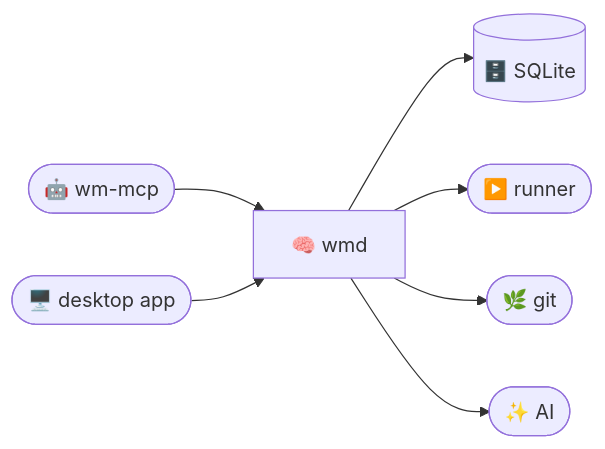
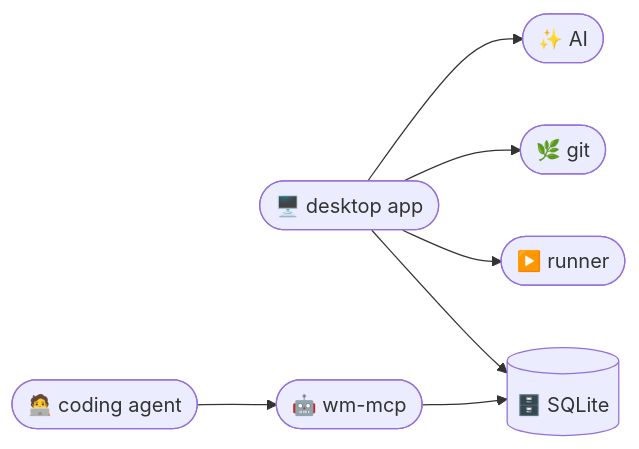
The diagram in README.md (aliharakeh/workspace-manager), drawn with Mermaid before and after one commit. The commit also changed other lines of this file and 143 other files, not shown here.

First line of the commit message:
refactor: remove the daemon; the GUI runs everything and the MCP server only guides

````diff
--- a/README.md
+++ b/README.md
@@ -23,9 +23,9 @@
 ```mermaid
 flowchart LR
-    MCP(["🤖 wm-mcp"]) --> S["🧠 wmd"]
-    GUI(["🖥️ desktop app"]) --> S
-    S --> DB[("🗄️ SQLite")]
-    S --> R(["▶️ runner"])
-    S --> G(["🌿 git"])
-    S --> A(["✨ AI"])
+    GUI(["🖥️ desktop app"]) --> DB[("🗄️ SQLite")]
+    MCP(["🤖 wm-mcp"]) --> DB
+    GUI --> R(["▶️ runner"])
+    GUI --> G(["🌿 git"])
+    GUI --> A(["✨ AI"])
+    AG(["🧑‍💻 coding agent"]) --> MCP
 ```
````
